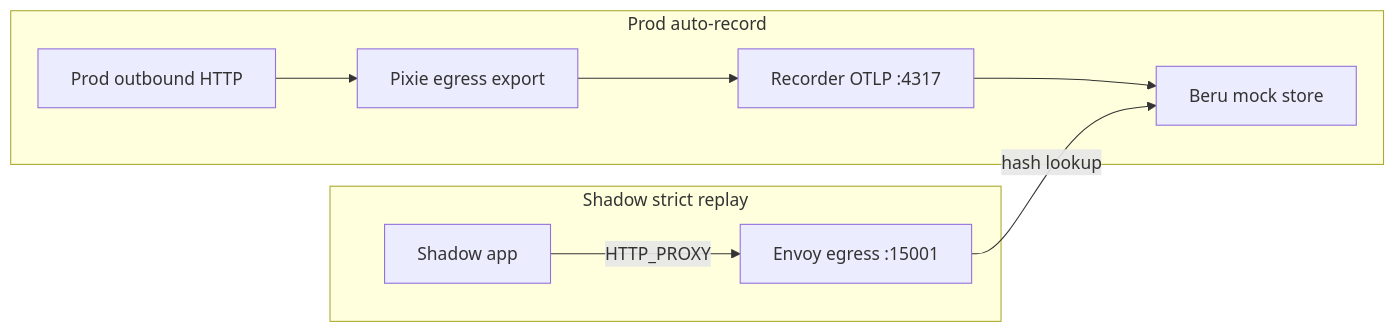
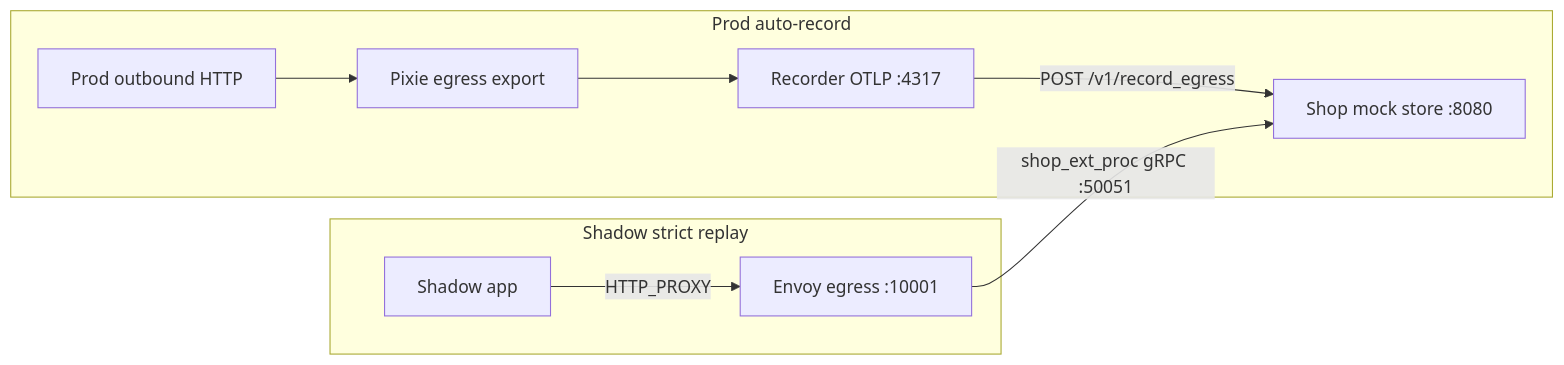
The fourth of 5 diagrams in docs/architecture/ARCHITECTURE.md (nederrgo/shadow-diff), drawn with Mermaid before and after one commit. The commit also changed other lines of this file and 44 other files, not shown here.

````diff
--- a/docs/architecture/ARCHITECTURE.md
+++ b/docs/architecture/ARCHITECTURE.md
@@ -310,18 +333,18 @@
 ```mermaid
 flowchart LR
   subgraph record [Prod auto-record]
     ProdOut[Prod outbound HTTP]
     PixieEgr[Pixie egress export]
     RecorderSvc[Recorder OTLP :4317]
-    BeruStore[Beru mock store]
+    ShopStore[Shop mock store :8080]
     ProdOut --> PixieEgr
     PixieEgr --> RecorderSvc
-    RecorderSvc --> BeruStore
+    RecorderSvc -->|POST /v1/record_egress| ShopStore
   end
   subgraph replay [Shadow strict replay]
     ShadowApp[Shadow app]
-    EgrEnv[Envoy egress :15001]
+    EgrEnv[Envoy egress :10001]
     ShadowApp -->|HTTP_PROXY| EgrEnv
-    EgrEnv -->|hash lookup| BeruStore
+    EgrEnv -->|shop_ext_proc gRPC :50051| ShopStore
   end
 ```
````
